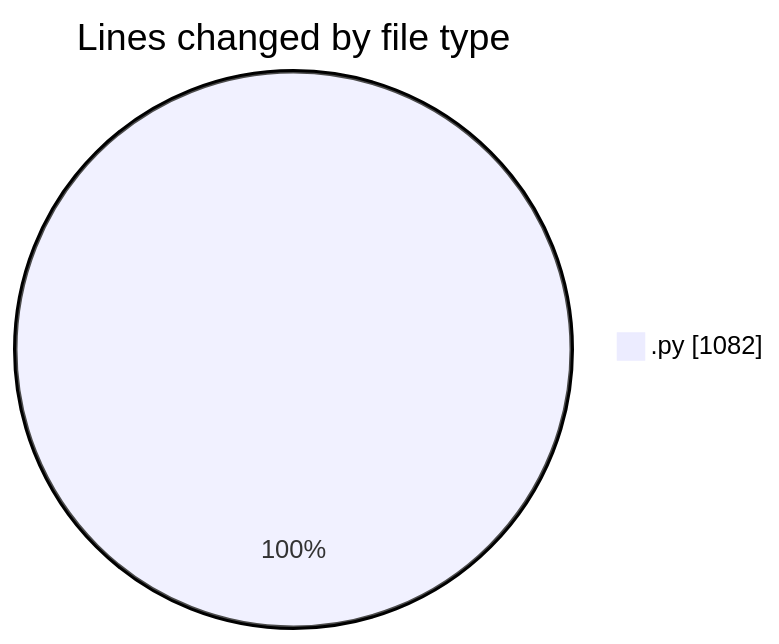
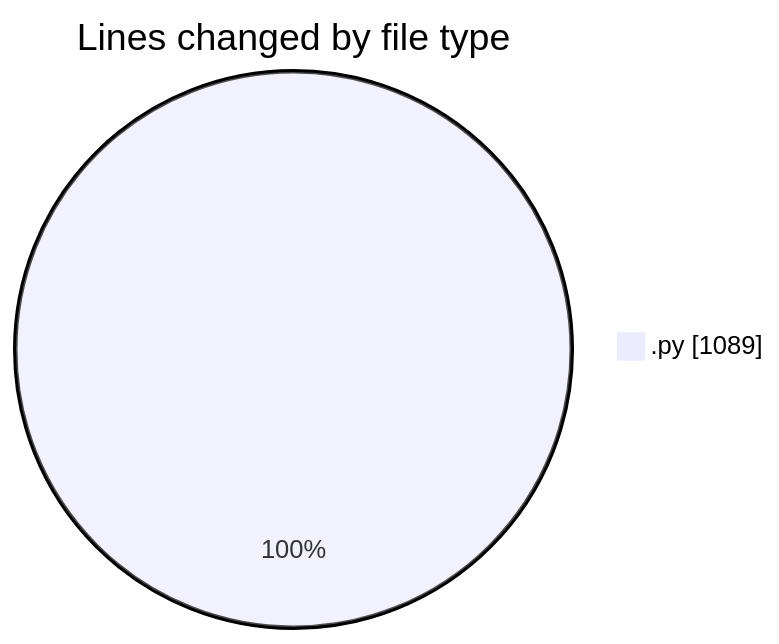
One commit to FelipKnott/code-tracking changed the first of 2 diagrams in 2025-07-02/cursor/README.md. Above: the diagram before and after it, drawn with Mermaid. The commit also changed other lines of this file and 1 other file, not shown here.

````diff
--- a/2025-07-02/cursor/README.md
+++ b/2025-07-02/cursor/README.md
@@ -23,5 +23,5 @@
 ```mermaid
 pie showData
 title Lines changed by file type
-".py" : 1082
+".py" : 1089
 ```
````
